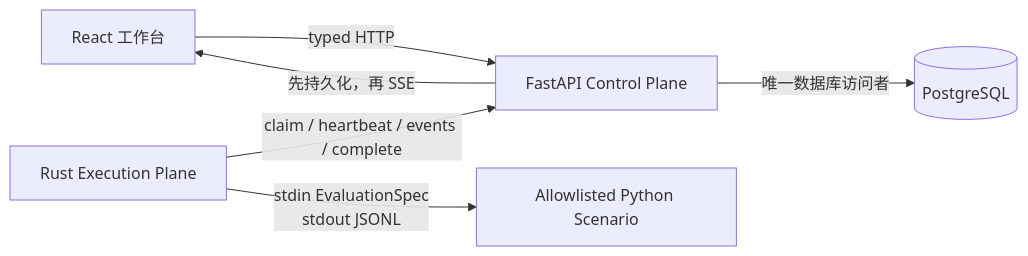
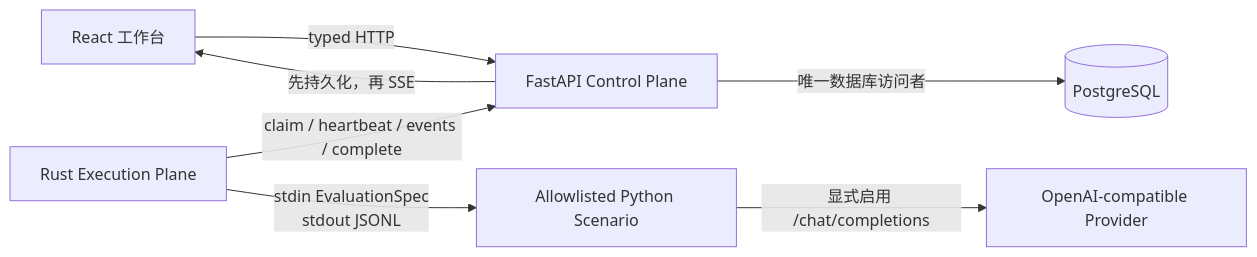
Before and after one commit to GarrisonPJ/agent-ops-platform: the diagram in README.zh-CN.md, drawn with Mermaid. The commit also changed other lines of this file and 27 other files, not shown here.

Commit message:
feat: add openai-compatible provider execution

````diff
--- a/README.zh-CN.md
+++ b/README.zh-CN.md
@@ -68,8 +82,9 @@
 ```mermaid
 flowchart LR
     UI["React 工作台"] -->|"typed HTTP"| API["FastAPI Control Plane"]
     API -->|"唯一数据库访问者"| DB[("PostgreSQL")]
     API -->|"先持久化，再 SSE"| UI
     Runner["Rust Execution Plane"] -->|"claim / heartbeat / events / complete"| API
     Runner -->|"stdin EvaluationSpec<br/>stdout JSONL"| Agent["Allowlisted Python Scenario"]
+    Agent -->|"显式启用 /chat/completions"| Provider["OpenAI-compatible Provider"]
 ```
````
